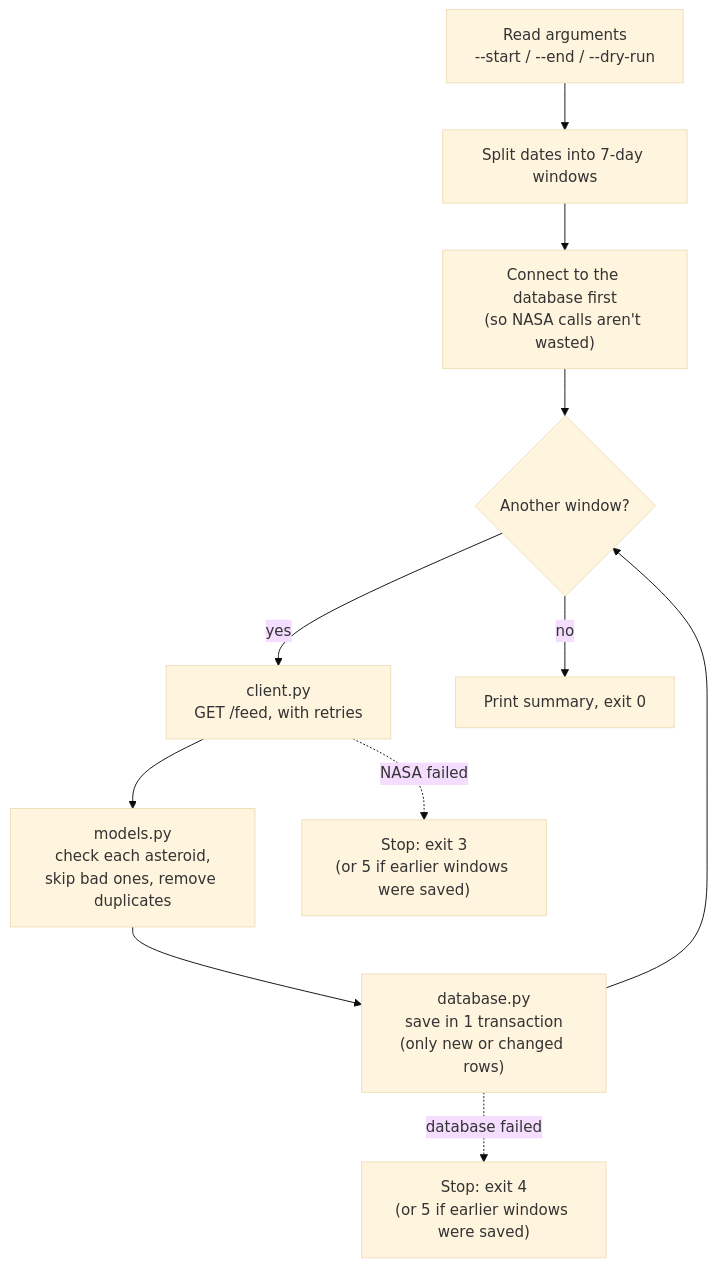
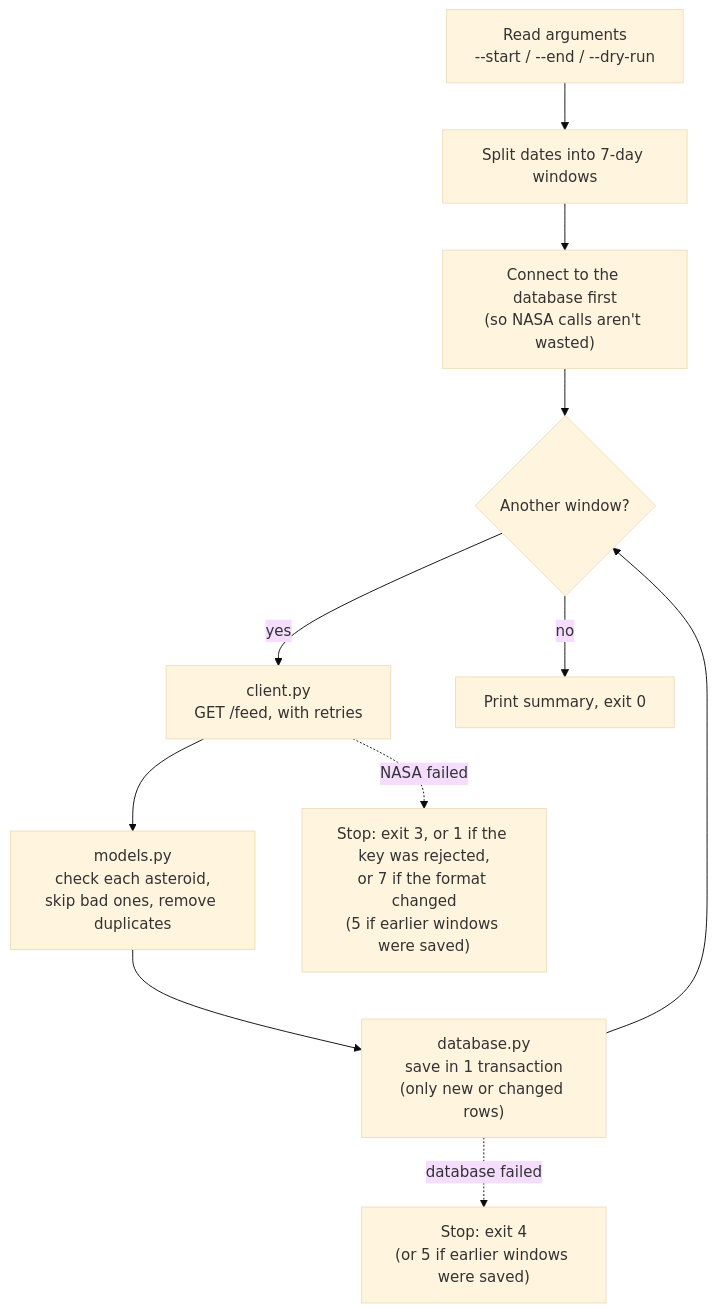
Before and after one commit to ksbn/neo-project: the second of 6 diagrams in docs/ARCHITECTURE.md, drawn with Mermaid (base theme). The commit also changed other lines of this file and 20 other files, not shown here.

````diff
--- a/docs/ARCHITECTURE.md
+++ b/docs/ARCHITECTURE.md
@@ -50,13 +50,13 @@
 ```mermaid
 flowchart TD
     A["Read arguments<br/>--start / --end / --dry-run"] --> B["Split dates into 7-day windows"]
     B --> C["Connect to the database first<br/>(so NASA calls aren't wasted)"]
     C --> D{"Another window?"}
     D -->|yes| E["client.py<br/>GET /feed, with retries"]
     E --> F["models.py<br/>check each asteroid,<br/>skip bad ones, remove duplicates"]
     F --> G["database.py<br/>save in 1 transaction<br/>(only new or changed rows)"]
     G --> D
     D -->|no| H["Print summary, exit 0"]
-    E -.->|"NASA failed"| X["Stop: exit 3<br/>(or 5 if earlier windows were saved)"]
+    E -.->|"NASA failed"| X["Stop: exit 3, or 1 if the key was rejected,<br/>or 7 if the format changed<br/>(5 if earlier windows were saved)"]
     G -.->|"database failed"| Y["Stop: exit 4<br/>(or 5 if earlier windows were saved)"]
 ```
````
